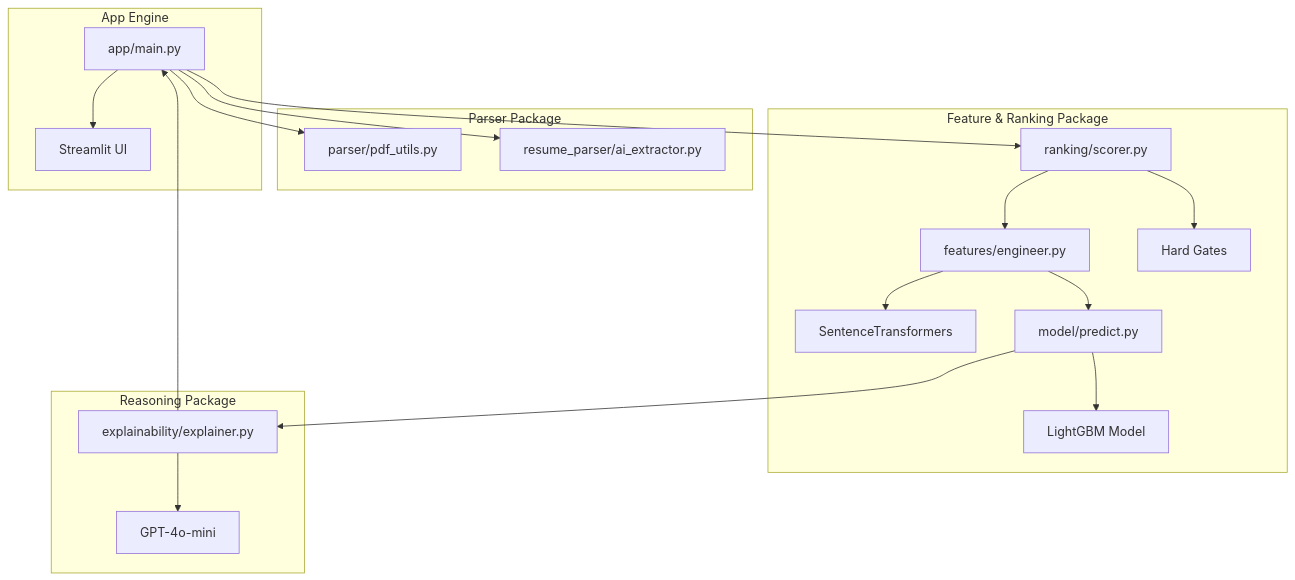
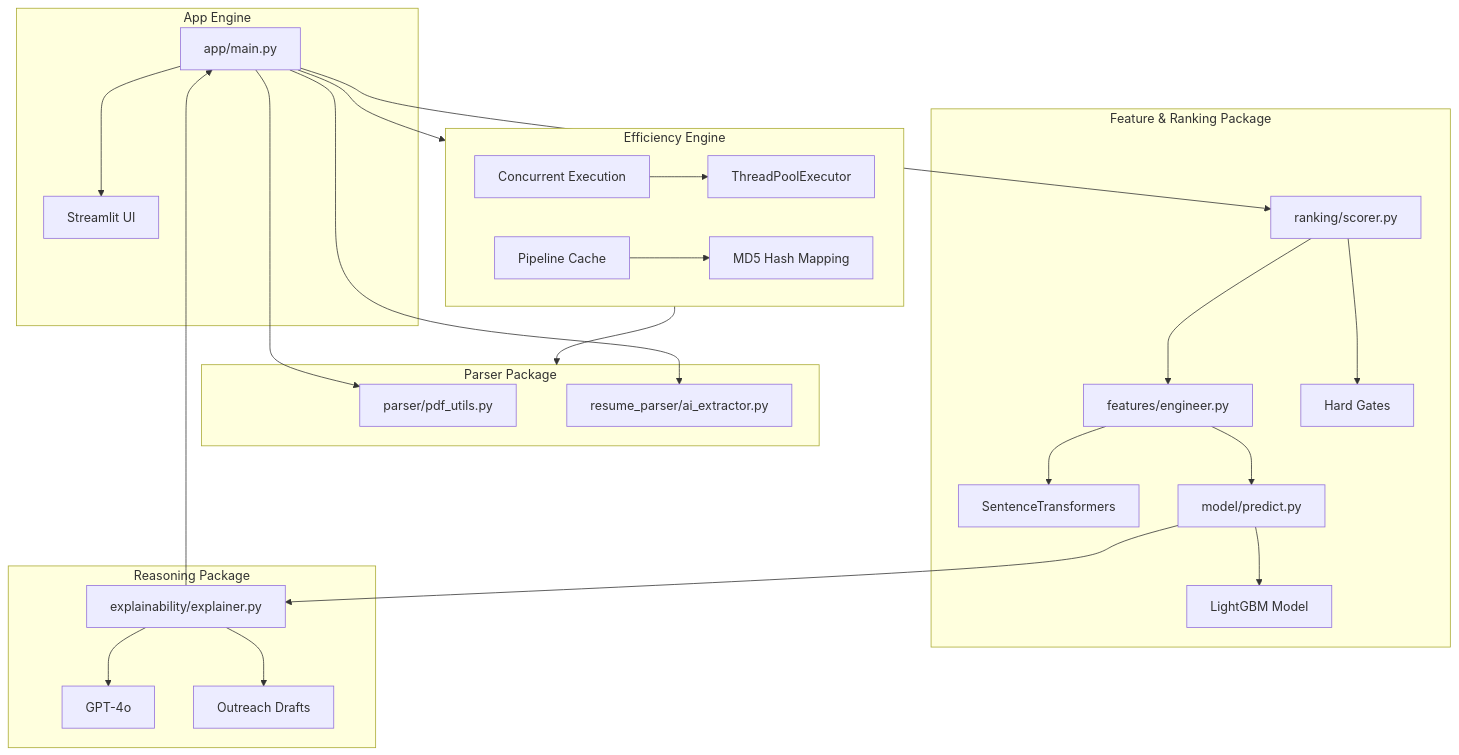
Before and after one commit to anshul4510/RecruitIQ: the first of 5 diagrams in README.md, drawn with Mermaid. The commit also changed other lines of this file and 3 other files, not shown here.

````diff
--- a/README.md
+++ b/README.md
@@ -28,27 +30,35 @@
 ```mermaid
 graph TD
     subgraph Frontend_App [App Engine]
         Main[app/main.py] --> Dashboard[Streamlit UI]
     end
 
     subgraph Data_Extraction [Parser Package]
         Main --> PDF[parser/pdf_utils.py]
         Main --> Extract[resume_parser/ai_extractor.py]
     end
 
     subgraph Analysis_Intelligence [Feature & Ranking Package]
         Engineer[features/engineer.py] --> SBERT[SentenceTransformers]
         Scorer[ranking/scorer.py] --> Filter[Hard Gates]
         Predictor[model/predict.py] --> LGBM[LightGBM Model]
     end
 
     subgraph Explainability_Layer [Reasoning Package]
-        AI[explainability/explainer.py] --> GPT[GPT-4o-mini]
+        AI[explainability/explainer.py] --> GPT[GPT-4o]
+        AI --> Outreach[Outreach Drafts]
     end
 
+    subgraph Optimization_Layer [Efficiency Engine]
+        Thread[Concurrent Execution] --> Multi[ThreadPoolExecutor]
+        Cache[Pipeline Cache] --> Persistence[MD5 Hash Mapping]
+    end
+
+    Main --> Optimization_Layer
+    Optimization_Layer --> Data_Extraction
     Main --> Scorer
     Scorer --> Engineer
     Engineer --> Predictor
     Predictor --> AI
     AI --> Main
 ```
````
